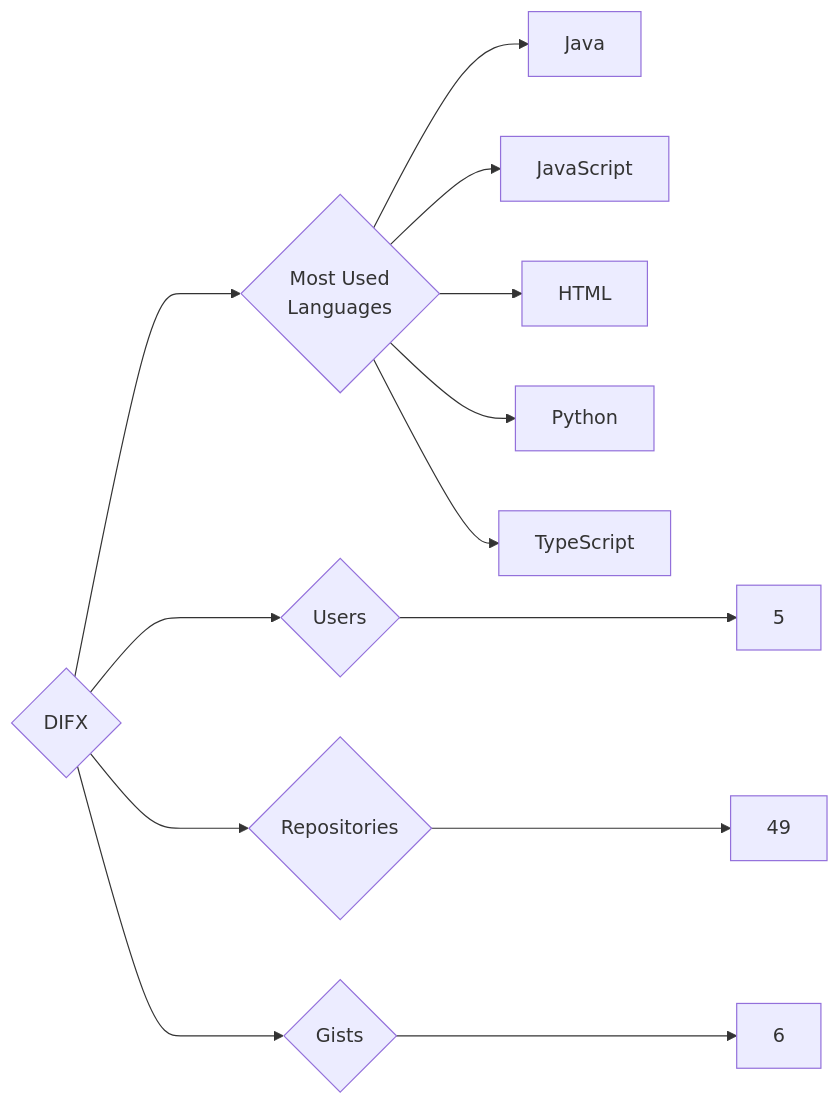
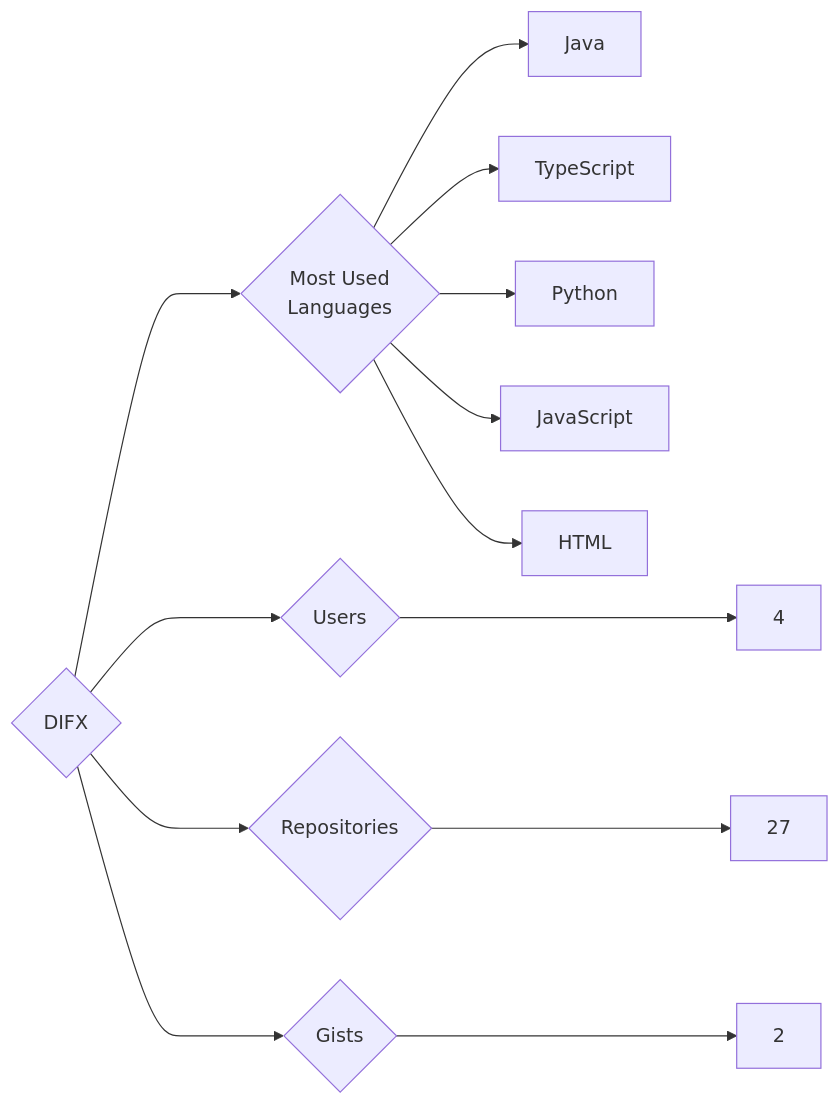
The diagram in targets/DIFX/README.md (trickest/insiders), drawn with Mermaid before and after one commit. The commit also changed 1036 other files, not shown here.

````diff
--- a/targets/DIFX/README.md
+++ b/targets/DIFX/README.md
@@ -3,13 +3,13 @@
 ```mermaid
 graph LR
 COMPANY_NAME{DIFX}
-COMPANY_NAME ---> U{Users} ---> UN[5]
-COMPANY_NAME ---> R{Repositories} ---> RN[49]
-COMPANY_NAME ---> G{Gists} ---> GN[6]
+COMPANY_NAME ---> U{Users} ---> UN[4]
+COMPANY_NAME ---> R{Repositories} ---> RN[27]
+COMPANY_NAME ---> G{Gists} ---> GN[2]
 COMPANY_NAME ---> ML{Most Used<br>Languages}
 ML --> Java[Java]
+ML --> TypeScript[TypeScript]
+ML --> Python[Python]
 ML --> JavaScript[JavaScript]
 ML --> HTML[HTML]
-ML --> Python[Python]
-ML --> TypeScript[TypeScript]
 ```
````
